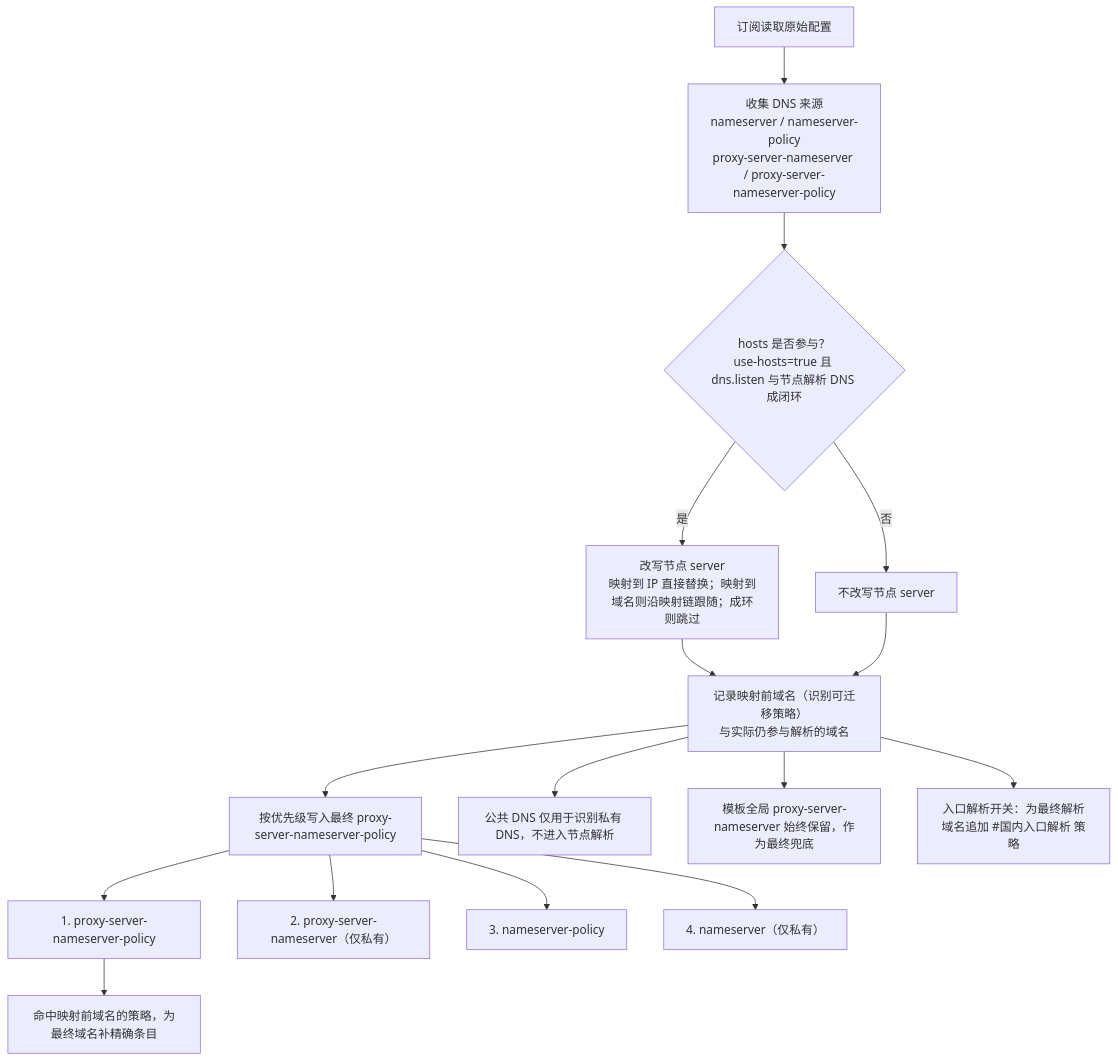
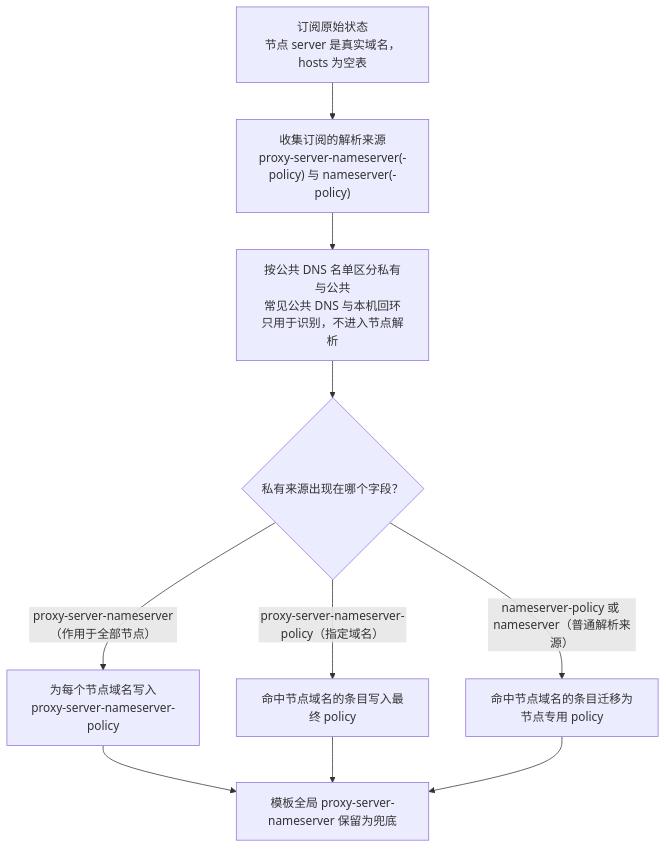
One commit to XVSVTsama/XVSVT-Clash-Config changed the third of 6 diagrams in README.md. Above: the diagram before and after it, drawn with Mermaid. The commit also changed other lines of this file, not shown here.

Commit message:
Use vertical DNS tree, split hosts/DNS into three flows, rework rule-set Venn

````diff
--- a/README.md
+++ b/README.md
@@ -145,18 +181,13 @@
 ```mermaid
 flowchart TD
-  A["订阅读取原始配置"] --> B["收集 DNS 来源<br/>nameserver / nameserver-policy<br/>proxy-server-nameserver / proxy-server-nameserver-policy"]
-  B --> C{"hosts 是否参与？<br/>use-hosts=true 且 dns.listen 与节点解析 DNS 成闭环"}
-  C -->|"是"| D["改写节点 server<br/>映射到 IP 直接替换；映射到域名则沿映射链跟随；成环则跳过"]
-  C -->|"否"| E["不改写节点 server"]
-  D --> F["记录映射前域名（识别可迁移策略）<br/>与实际仍参与解析的域名"]
-  E --> F
-  F --> G["按优先级写入最终 proxy-server-nameserver-policy"]
-  G --> G1["1. proxy-server-nameserver-policy"]
-  G --> G2["2. proxy-server-nameserver（仅私有）"]
-  G --> G3["3. nameserver-policy"]
-  G --> G4["4. nameserver（仅私有）"]
-  G1 --> H["命中映射前域名的策略，为最终域名补精确条目"]
-  F --> I["公共 DNS 仅用于识别私有 DNS，不进入节点解析"]
-  F --> J["模板全局 proxy-server-nameserver 始终保留，作为最终兜底"]
-  F --> K["入口解析开关：为最终解析域名追加 #国内入口解析 策略"]
+  B1["订阅原始状态<br/>节点 server 是真实域名，hosts 为空表"]
+  B1 --> B2["收集订阅的解析来源<br/>proxy-server-nameserver(-policy) 与 nameserver(-policy)"]
+  B2 --> B3["按公共 DNS 名单区分私有与公共<br/>常见公共 DNS 与本机回环只用于识别，不进入节点解析"]
+  B3 --> B4{"私有来源出现在哪个字段？"}
+  B4 -->|"proxy-server-nameserver（作用于全部节点）"| B5["为每个节点域名写入<br/>proxy-server-nameserver-policy"]
+  B4 -->|"proxy-server-nameserver-policy（指定域名）"| B6["命中节点域名的条目写入最终 policy"]
+  B4 -->|"nameserver-policy 或 nameserver（普通解析来源）"| B7["命中节点域名的条目迁移为节点专用 policy"]
+  B5 --> B8["模板全局 proxy-server-nameserver 保留为兜底"]
+  B6 --> B8
+  B7 --> B8
 ```
````
